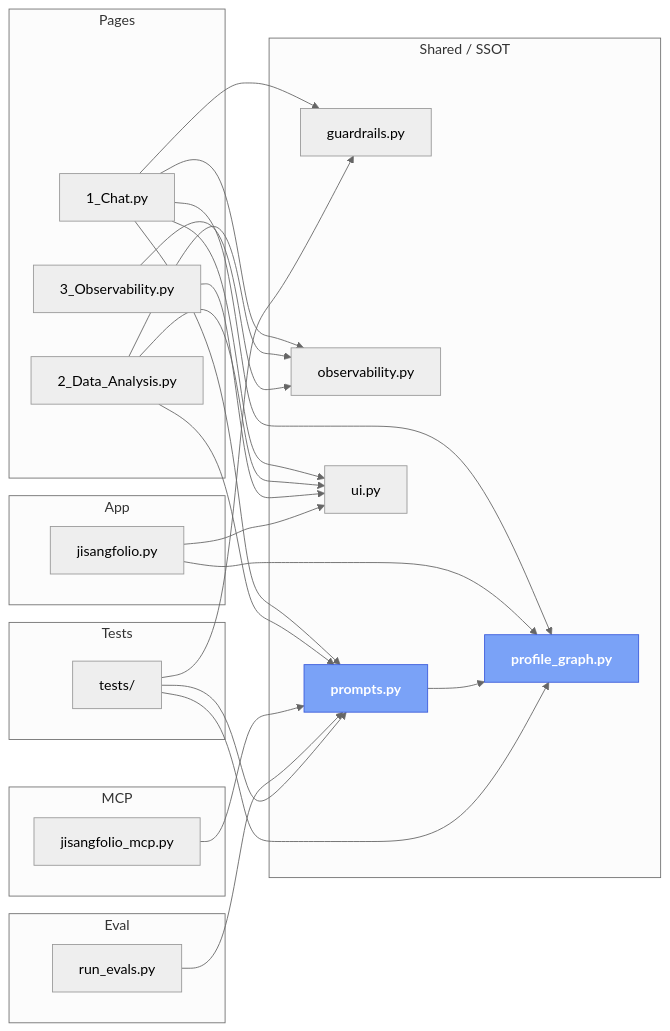
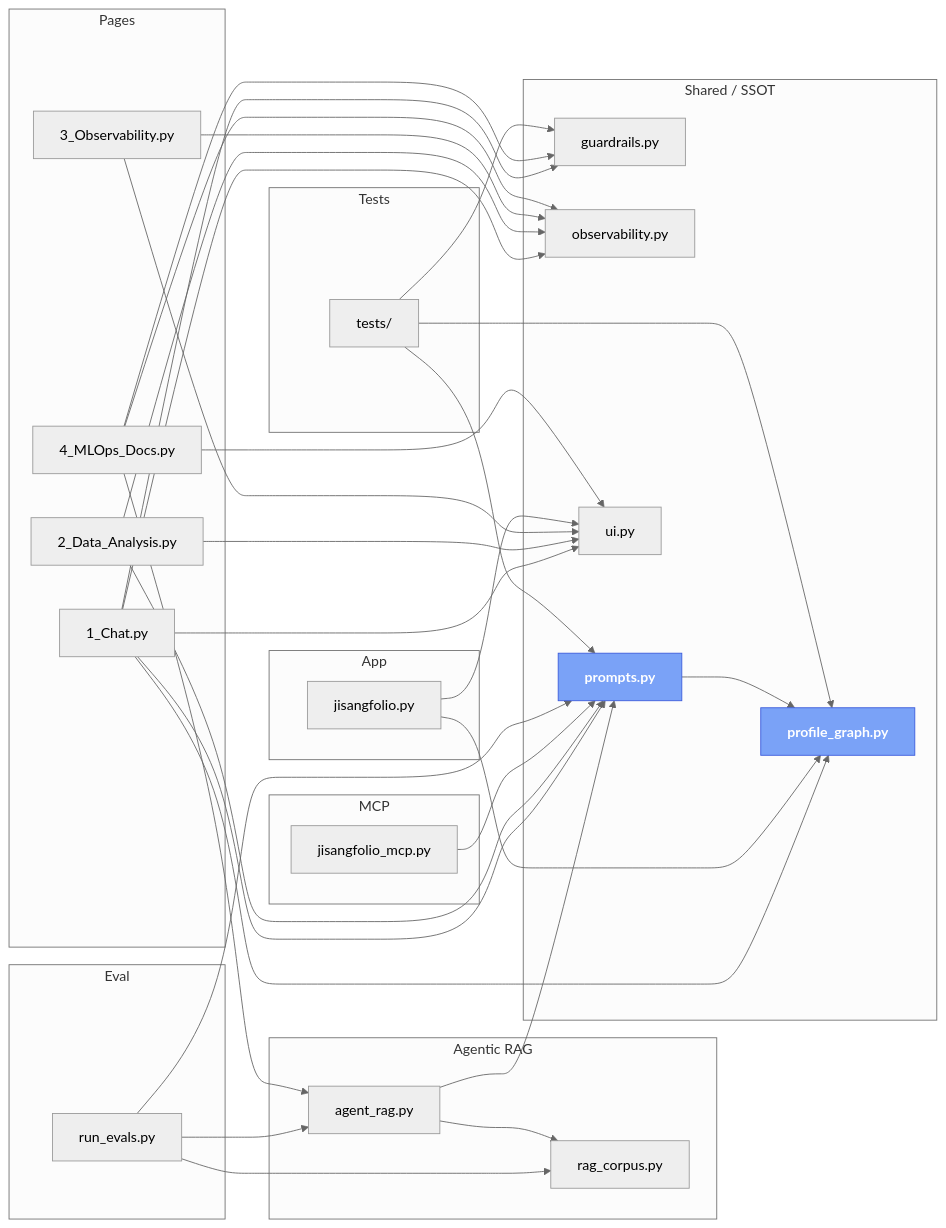
One commit to jisangfolio/jisangfolio changed the diagram in README.md. Above: the diagram before and after it, drawn with Mermaid (neutral theme). The commit also changed other lines of this file and 12 other files, not shown here.

````diff
--- a/README.md
+++ b/README.md
@@ -25,47 +26,60 @@
 ```mermaid
 graph LR
   subgraph App
     n_jisangfolio["jisangfolio.py"]
   end
   subgraph Pages
     n_1_Chat["1_Chat.py"]
     n_2_Data_Analysis["2_Data_Analysis.py"]
     n_3_Observability["3_Observability.py"]
+    n_4_MLOps_Docs["4_MLOps_Docs.py"]
+  end
+  subgraph RAG["Agentic RAG"]
+    n_agent_rag["agent_rag.py"]
+    n_rag_corpus["rag_corpus.py"]
   end
   subgraph MCP
     n_jisangfolio_mcp["jisangfolio_mcp.py"]
   end
   subgraph Eval
     n_run_evals["run_evals.py"]
   end
   subgraph Tests
     tests["tests/"]
   end
   subgraph ssot["Shared / SSOT"]
     n_guardrails["guardrails.py"]
     n_observability["observability.py"]
     n_profile_graph["profile_graph.py"]
     n_prompts["prompts.py"]
     n_ui["ui.py"]
   end
   n_1_Chat --> n_guardrails
   n_1_Chat --> n_observability
   n_1_Chat --> n_profile_graph
   n_1_Chat --> n_prompts
   n_1_Chat --> n_ui
   n_2_Data_Analysis --> n_observability
   n_2_Data_Analysis --> n_prompts
   n_2_Data_Analysis --> n_ui
   n_3_Observability --> n_observability
   n_3_Observability --> n_ui
   n_jisangfolio --> n_profile_graph
   n_jisangfolio --> n_ui
   n_jisangfolio_mcp --> n_prompts
   n_prompts --> n_profile_graph
   n_run_evals --> n_prompts
+  n_run_evals --> n_agent_rag
+  n_run_evals --> n_rag_corpus
+  n_4_MLOps_Docs --> n_agent_rag
+  n_4_MLOps_Docs --> n_guardrails
+  n_4_MLOps_Docs --> n_observability
+  n_4_MLOps_Docs --> n_ui
+  n_agent_rag --> n_rag_corpus
+  n_agent_rag --> n_prompts
   tests --> n_guardrails
   tests --> n_profile_graph
   tests --> n_prompts
   classDef hub fill:#7AA2F7,stroke:#3b5bdb,color:#fff,font-weight:bold;
   class n_prompts,n_profile_graph hub;
 ```
````
